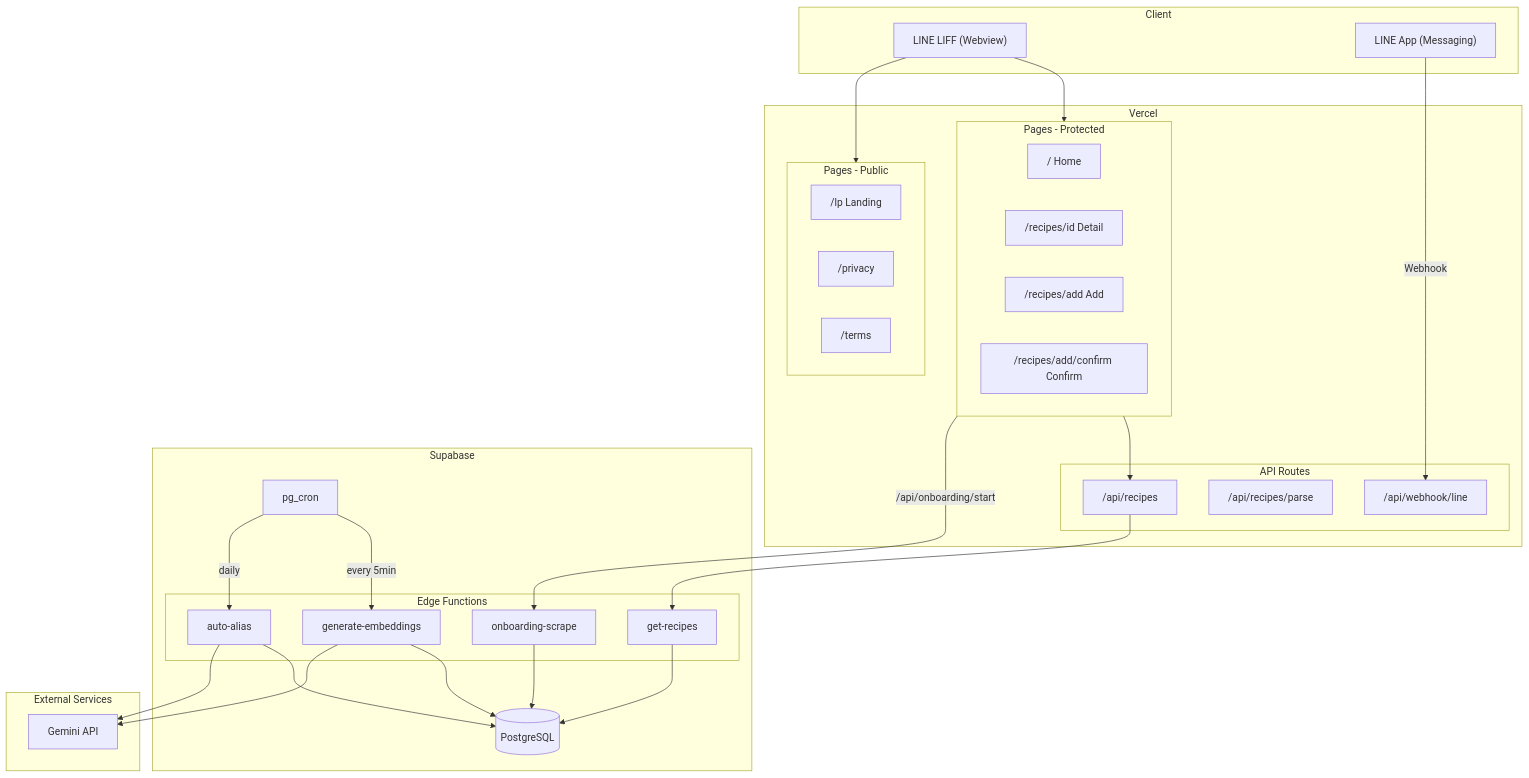
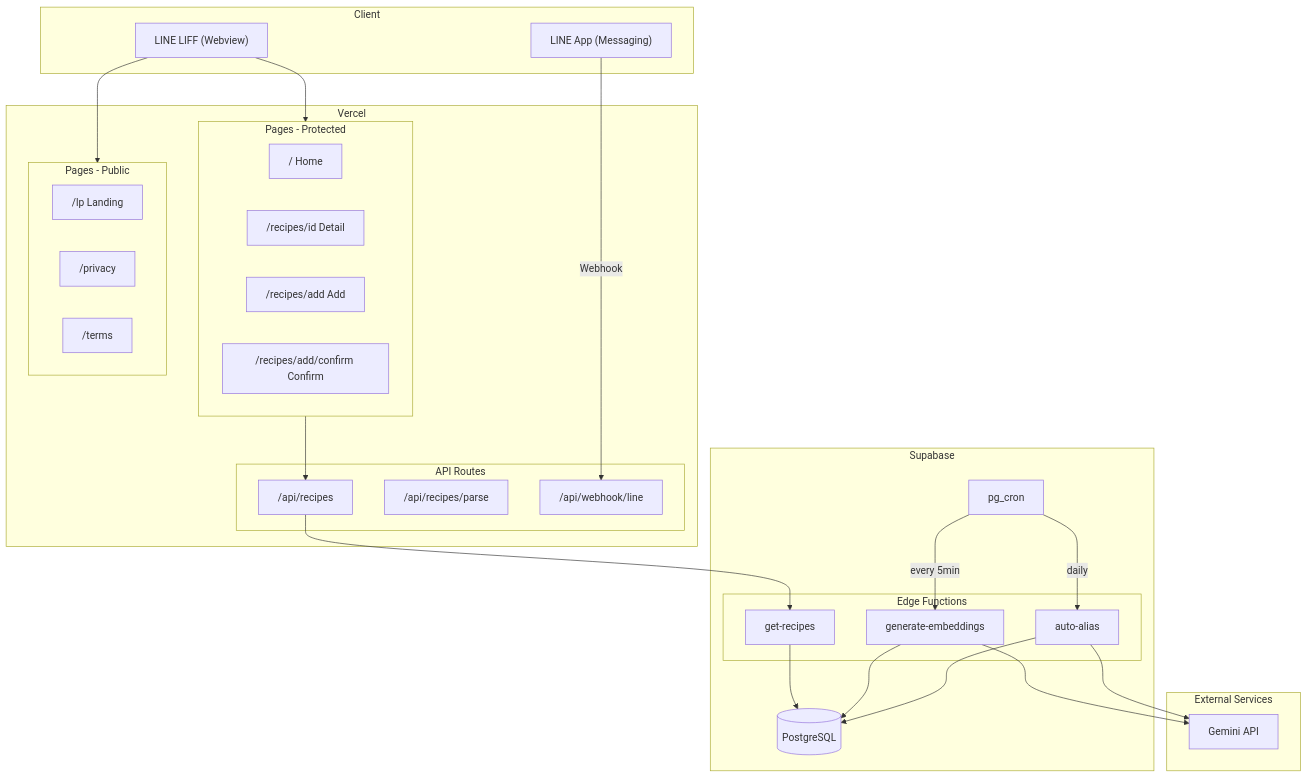
Before and after one commit to mktu/recipe-app: the first of 10 diagrams in docs/ARCHITECTURE.md, drawn with Mermaid. The commit also changed other lines of this file and 1 other file, not shown here.

````diff
--- a/docs/ARCHITECTURE.md
+++ b/docs/ARCHITECTURE.md
@@ -143,63 +143,60 @@
 ```mermaid
 graph TB
     subgraph Client["Client"]
         LIFF["LINE LIFF (Webview)"]
         LINEApp["LINE App (Messaging)"]
     end
 
     subgraph Vercel["Vercel"]
         subgraph Pages["Pages - Protected"]
             Home["/ Home"]
             Detail["/recipes/id Detail"]
             Add["/recipes/add Add"]
             Confirm["/recipes/add/confirm Confirm"]
         end
 
         subgraph Public["Pages - Public"]
             LP["/lp Landing"]
             Privacy["/privacy"]
             Terms["/terms"]
         end
 
         subgraph APIRoutes["API Routes"]
             RecipeAPI["/api/recipes"]
             ParseAPI["/api/recipes/parse"]
             WebhookAPI["/api/webhook/line"]
         end
     end
 
     subgraph Supabase["Supabase"]
         DB[("PostgreSQL")]
 
         subgraph EdgeFunctions["Edge Functions"]
             GetRecipes["get-recipes"]
             GenEmbed["generate-embeddings"]
             AutoAlias["auto-alias"]
-            OnboardingScrape["onboarding-scrape"]
         end
 
         Cron["pg_cron"]
     end
 
     subgraph External["External Services"]
         Gemini["Gemini API"]
     end
 
     LIFF --> Pages
     LIFF --> Public
     LINEApp -->|Webhook| WebhookAPI
 
     Pages --> RecipeAPI
     RecipeAPI --> GetRecipes
-    Pages -->|/api/onboarding/start| OnboardingScrape
 
     GetRecipes --> DB
     GenEmbed --> DB
     GenEmbed --> Gemini
     AutoAlias --> DB
     AutoAlias --> Gemini
-    OnboardingScrape --> DB
 
     Cron -->|every 5min| GenEmbed
     Cron -->|daily| AutoAlias
 ```
````
